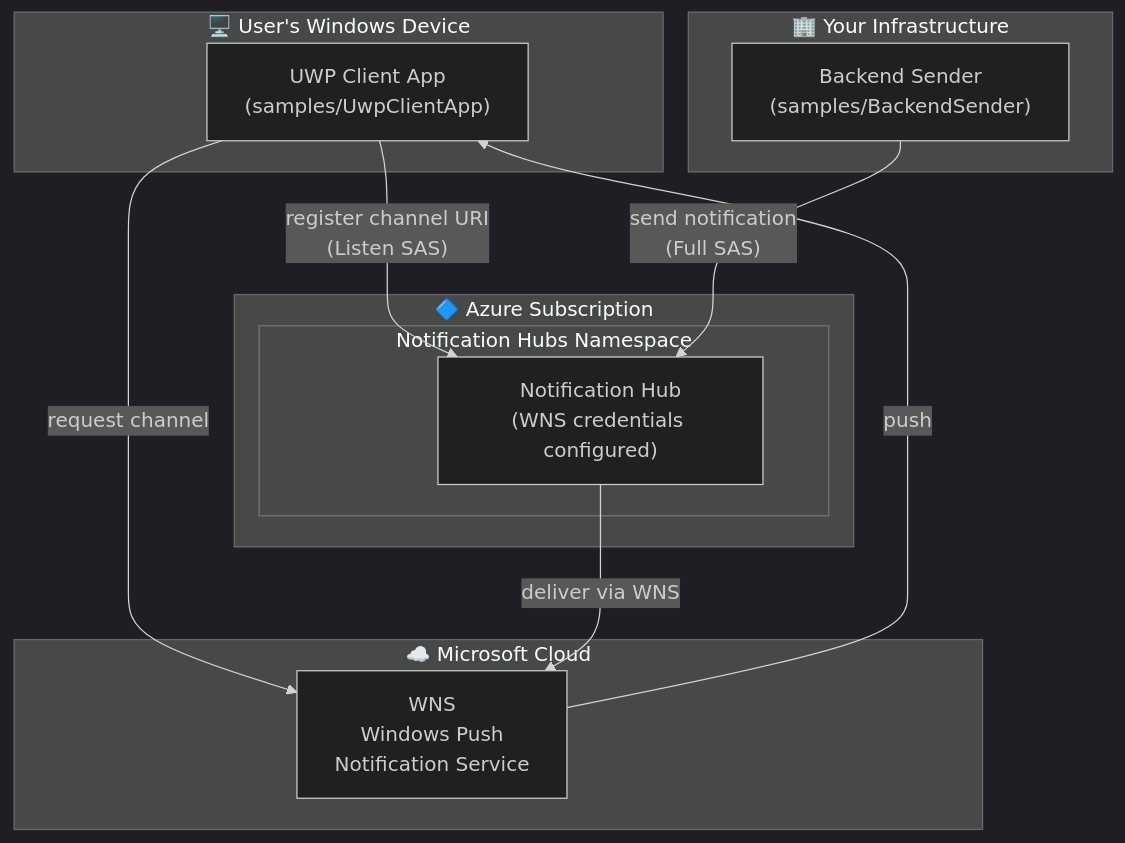
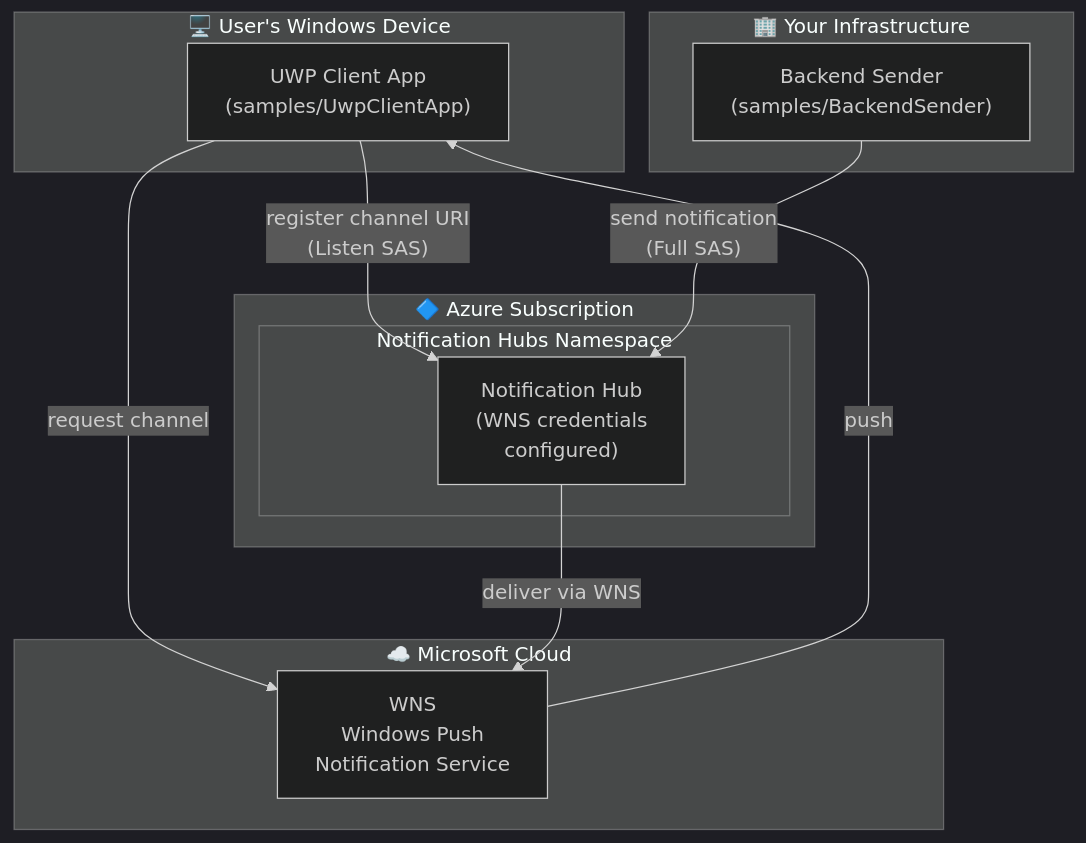
Before and after one commit to shaleen-wonder-ent/wns-proj: the first of 4 diagrams in docs/02-architecture.md, drawn with Mermaid (dark theme).

````diff
--- a/docs/02-architecture.md
+++ b/docs/02-architecture.md
@@ -10,26 +10,26 @@
 ```mermaid
 flowchart TB
     subgraph Device["🖥️ User's Windows Device"]
         App["UWP Client App<br/>(samples/UwpClientApp)"]
     end
 
     subgraph Microsoft["☁️ Microsoft Cloud"]
         WNS["WNS<br/>Windows Push<br/>Notification Service"]
     end
 
     subgraph Azure["🔷 Azure Subscription"]
         subgraph NS["Notification Hubs Namespace"]
-            Hub["Notification Hub<br/>(WNS credentials configured)"]
+            Hub["Notification Hub<br/>(WNS credentials <br/> configured)"]
         end
     end
 
     subgraph Yours["🏢 Your Infrastructure"]
         Backend["Backend Sender<br/>(samples/BackendSender)"]
     end
 
     App -- "register channel URI<br/>(Listen SAS)" --> Hub
     App -- "request channel" --> WNS
     Backend -- "send notification<br/>(Full SAS)" --> Hub
     Hub -- "deliver via WNS" --> WNS
     WNS -- "push" --> App
 ```
````
